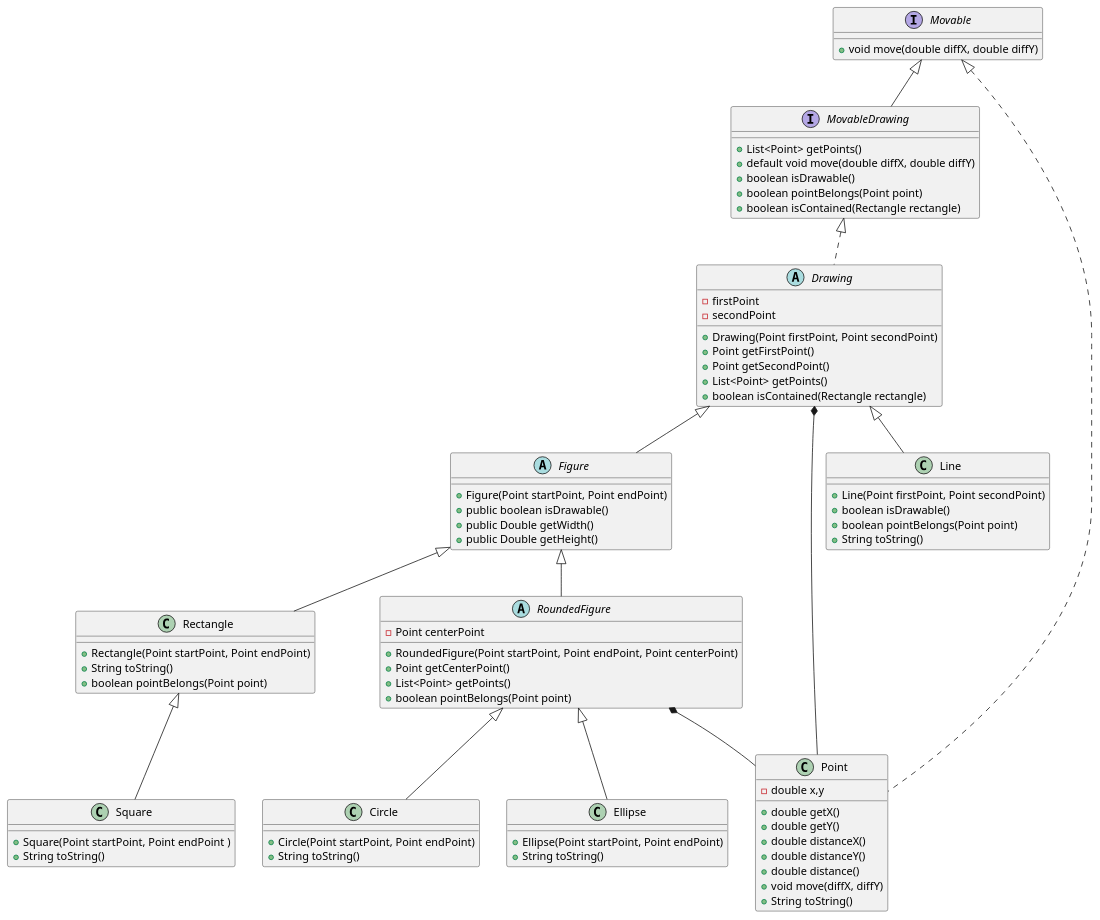
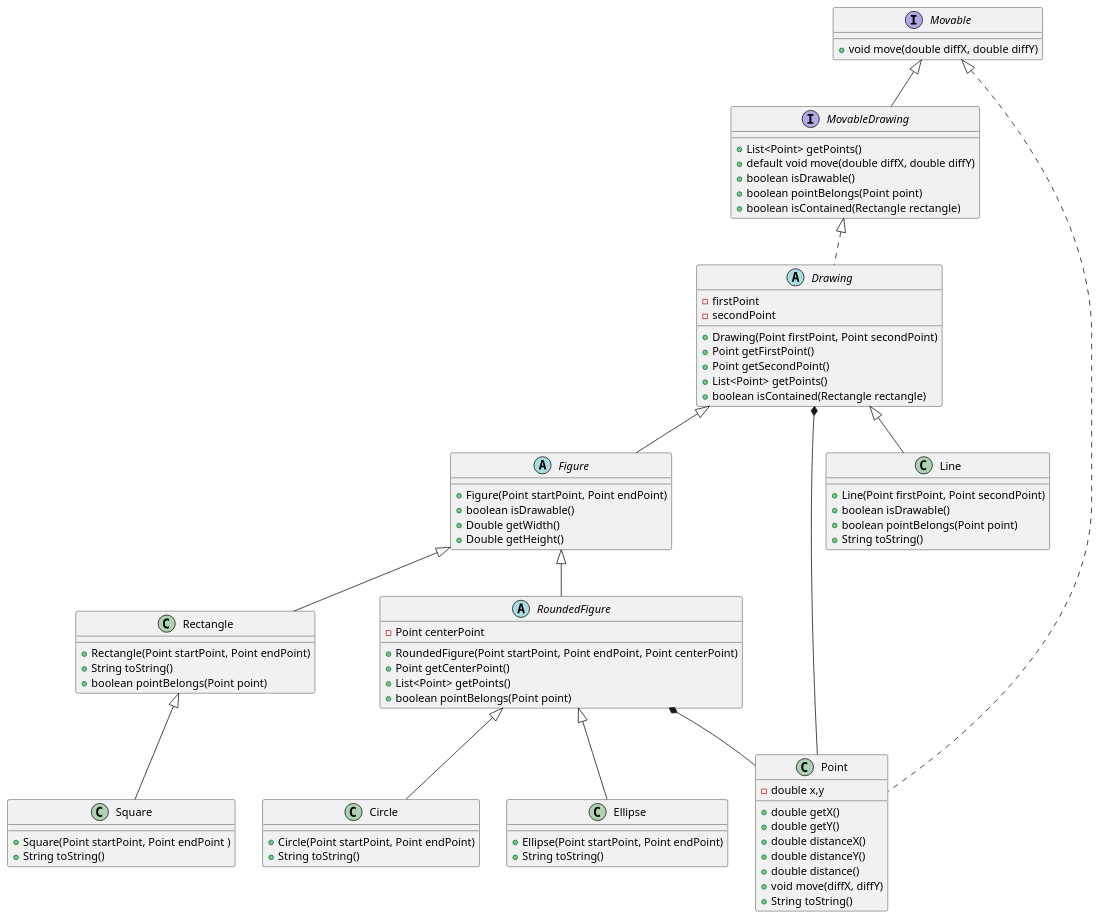
Before and after one commit to camilaDiToro/PAINT-TP-FINAL-POO: the diagram in src/main/java/backend/backendModels.puml, drawn with PlantUML. The commit also changed 7 other files, not shown here.

```diff
--- a/src/main/java/backend/backendModels.puml
+++ b/src/main/java/backend/backendModels.puml
@@ -1,91 +1,91 @@
 @startuml
 'https://plantuml.com/class-diagram
 
 
 
 interface Movable{
     +void move(double diffX, double diffY)
 }
 
 interface MovableDrawing extends Movable{
     +List<Point> getPoints()
     +default void move(double diffX, double diffY)
     +boolean isDrawable()
     +boolean pointBelongs(Point point)
     +boolean isContained(Rectangle rectangle)
 }
 
 
 
 abstract class Drawing implements MovableDrawing{
     -firstPoint
     -secondPoint
     +Drawing(Point firstPoint, Point secondPoint)
     +Point getFirstPoint()
     +Point getSecondPoint()
     +List<Point> getPoints()
     +boolean isContained(Rectangle rectangle)
 }
 
 
 abstract class Figure extends Drawing{
     +Figure(Point startPoint, Point endPoint)
-    +public boolean isDrawable()
-    +public Double getWidth()
-    +public Double getHeight()
+    +boolean isDrawable()
+    +Double getWidth()
+    +Double getHeight()
 }
 
 class Rectangle extends Figure{
     +Rectangle(Point startPoint, Point endPoint)
     +String toString()
     +boolean pointBelongs(Point point)
 }
 
 class Square extends Rectangle{
     +Square(Point startPoint, Point endPoint )
     +String toString()
 }
 
 class Line extends Drawing{
     +Line(Point firstPoint, Point secondPoint)
     +boolean isDrawable()
     +boolean pointBelongs(Point point)
     +String toString()
 }
 
 abstract class RoundedFigure extends Figure{
     -Point centerPoint
     +RoundedFigure(Point startPoint, Point endPoint, Point centerPoint)
     +Point getCenterPoint()
     +List<Point> getPoints()
     +boolean pointBelongs(Point point)
 }
 
 Drawing *-- Point
 RoundedFigure *-- Point
 class Ellipse extends RoundedFigure{
     +Ellipse(Point startPoint, Point endPoint)
     +String toString()
 }
 
 class Point implements Movable{
     -double x,y
     +double getX()
     +double getY()
     +double distanceX()
     +double distanceY()
     +double distance()
     +void move(diffX, diffY)
     +String toString()
 }
 
 
 class Circle extends RoundedFigure{
     +Circle(Point startPoint, Point endPoint)
     +String toString()
 }
 
 
 
 
 @enduml
```
